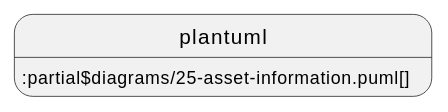
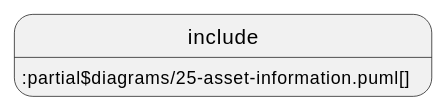
The second of 4 diagrams in documentation/IDTA-01001/modules/ROOT/pages/spec-metamodel/core.adoc (acplt/aas-specs), drawn with PlantUML before and after one commit. The commit also changed other lines of this file and 14 other files, not shown here.

First line of the commit message:
Revert "Use plantuml instead of include and test ./"

```diff
--- a/documentation/IDTA-01001/modules/ROOT/pages/spec-metamodel/core.adoc
+++ b/documentation/IDTA-01001/modules/ROOT/pages/spec-metamodel/core.adoc
@@ -62,4 +62,4 @@
 [plantuml, 25-asset-information, svg]
 ....
-plantuml::partial$diagrams/25-asset-information.puml[]
+include::partial$diagrams/25-asset-information.puml[]
 ....
```
